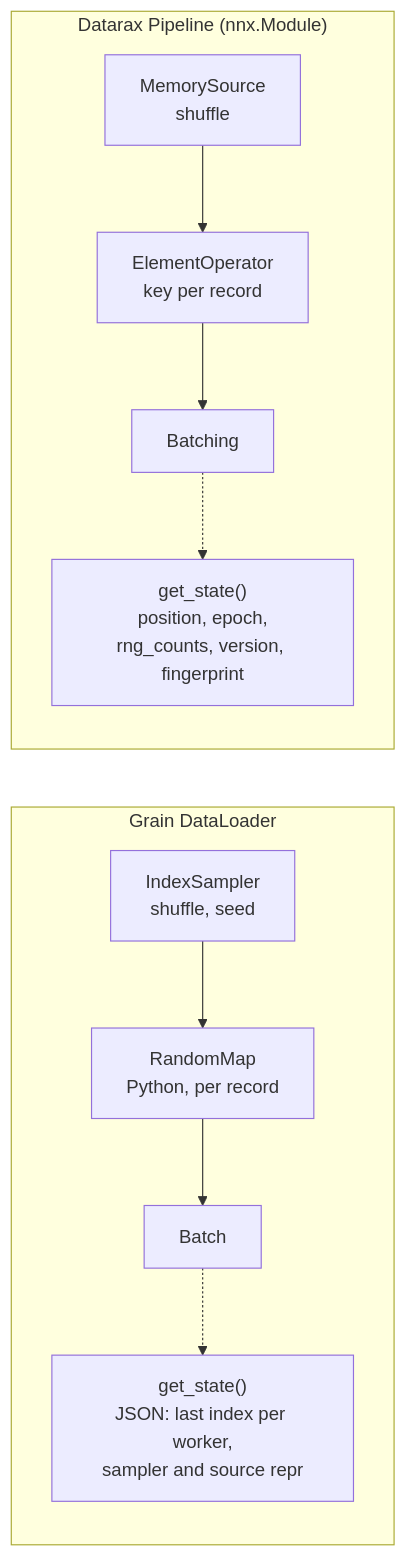
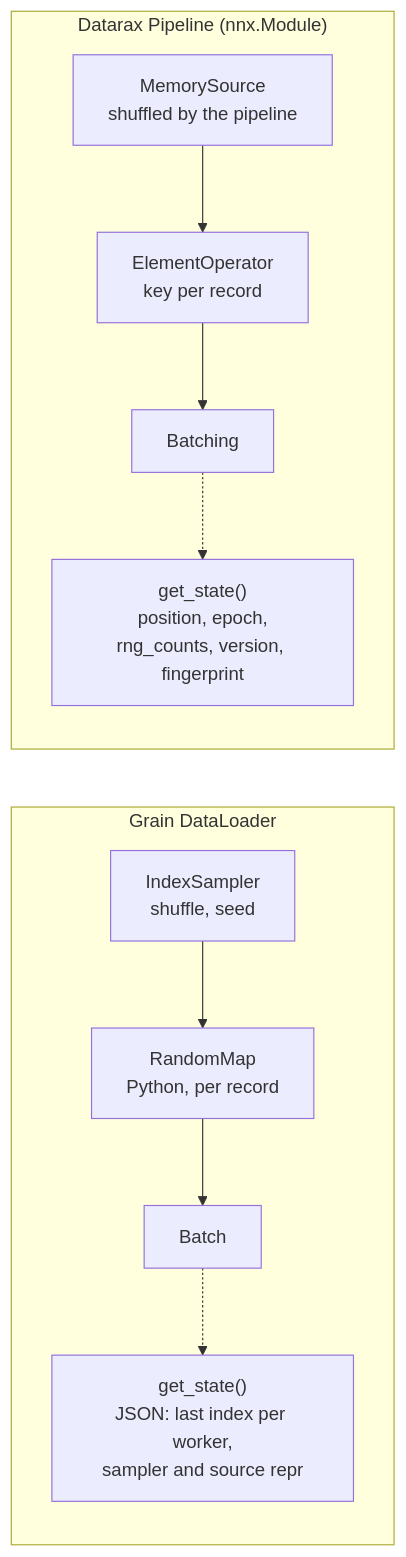
Before and after one commit to avitai/datarax: the diagram in docs/examples/comparison/grain-datarax-quickref.md, drawn with Mermaid. The commit also changed other lines of this file and 223 other files, not shown here.

First line of the commit message:
refactor(sources)!: the source contract: pipeline-owned shuffle, host columns, declared record identity (#57)

````diff
--- a/docs/examples/comparison/grain-datarax-quickref.md
+++ b/docs/examples/comparison/grain-datarax-quickref.md
@@ -235,20 +235,20 @@
 ```mermaid
 flowchart LR
     subgraph Grain["Grain DataLoader"]
         GS["IndexSampler<br/>shuffle, seed"]
         GT["RandomMap<br/>Python, per record"]
         GB["Batch"]
         GC["get_state()<br/>JSON: last index per worker,<br/>sampler and source repr"]
         GS --> GT --> GB
         GB -.-> GC
     end
 
     subgraph Datarax["Datarax Pipeline (nnx.Module)"]
-        DS["MemorySource<br/>shuffle"]
+        DS["MemorySource<br/>shuffled by the pipeline"]
         DO["ElementOperator<br/>key per record"]
         DB["Batching"]
         DC["get_state()<br/>position, epoch,<br/>rng_counts, version, fingerprint"]
         DS --> DO --> DB
         DB -.-> DC
     end
 ```
````
